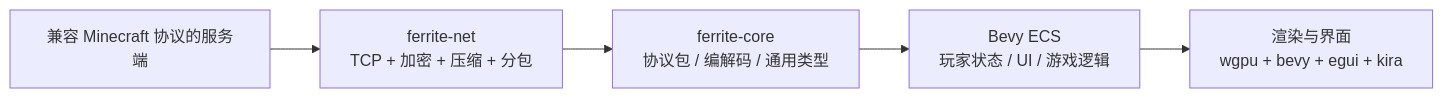
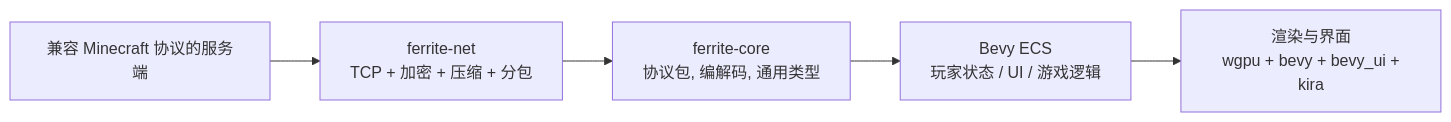
One commit to Nahida-aa/ferrite-rs changed the diagram in README.md. Above: the diagram before and after it, drawn with Mermaid. The commit also changed other lines of this file and 38 other files, not shown here.

First line of the commit message:
feat: implement core structures and networking for Ferrite

````diff
--- a/README.md
+++ b/README.md
@@ -9,11 +11,7 @@
 ```mermaid
 flowchart LR
-	MC[兼容 Minecraft 协议的服务端] --> NET[ferrite-net
-TCP + 加密 + 压缩 + 分包]
-	NET --> CORE[ferrite-core
-协议包 / 编解码 / 通用类型]
-	CORE --> ECS[Bevy ECS
-玩家状态 / UI / 游戏逻辑]
-	ECS --> RENDER[渲染与界面
-wgpu + bevy + egui + kira]
+	MC[兼容 Minecraft 协议的服务端] --> NET[ferrite-net\n TCP + 加密 + 压缩 + 分包]
+	NET --> CORE[ferrite-core\n 协议包, 编解码, 通用类型]
+	CORE --> ECS[Bevy ECS\n 玩家状态 / UI / 游戏逻辑]
+	ECS --> RENDER[渲染与界面\n wgpu + bevy + bevy_ui + kira]
 ```
````
